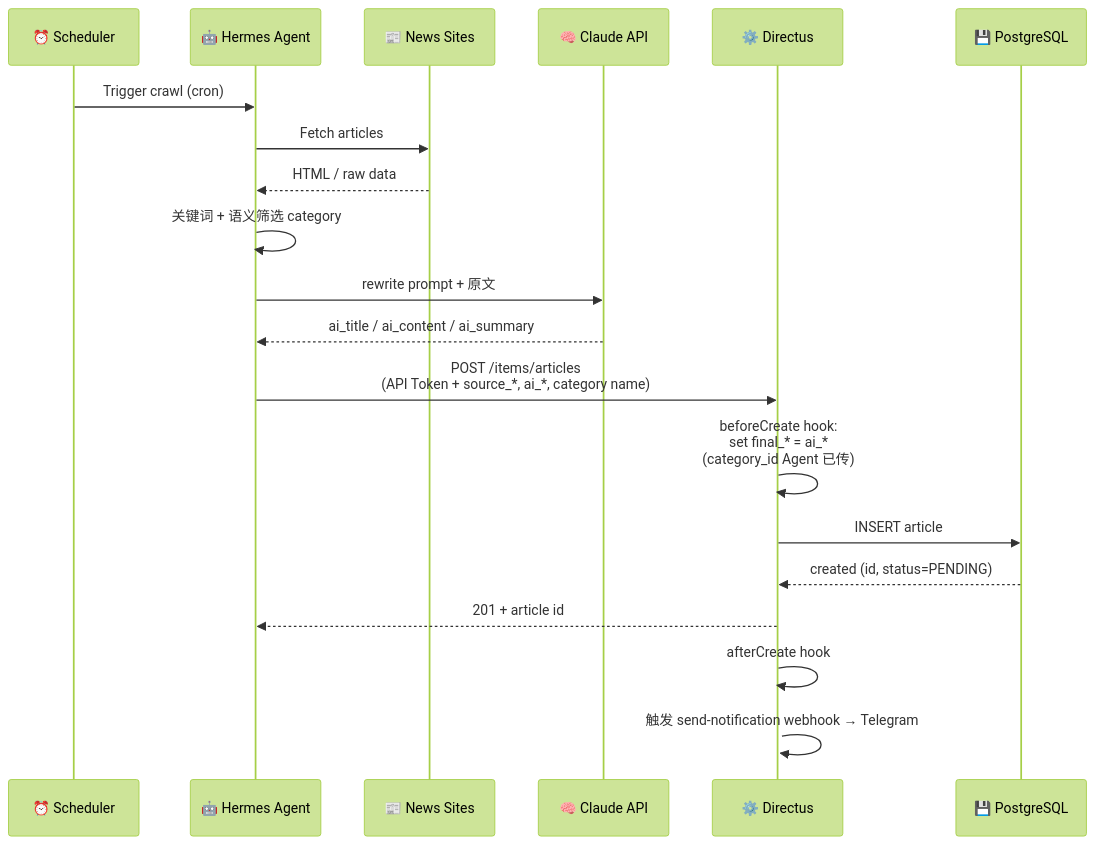
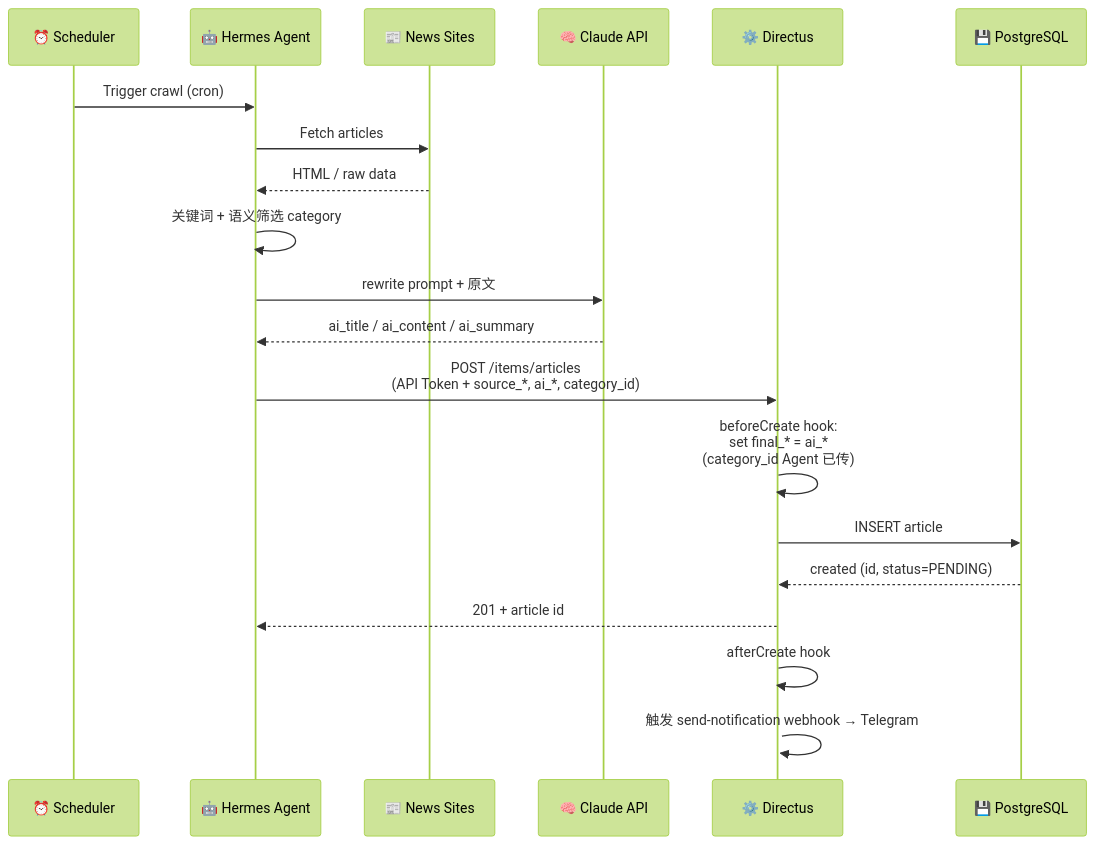
Before and after one commit to Guitang0414/Tiffany-Z-Intern-2026: the fourth of 6 diagrams in docs/hld.md, drawn with Mermaid (forest theme). The commit also changed other lines of this file, not shown here.

````diff
--- a/docs/hld.md
+++ b/docs/hld.md
@@ -1062,23 +1062,23 @@
 ```mermaid
 sequenceDiagram
     participant Sched as ⏰ Scheduler
     participant Agent as 🤖 Hermes Agent
     participant News as 📰 News Sites
     participant Claude as 🧠 Claude API
     participant Directus as ⚙️ Directus
     participant DB as 💾 PostgreSQL
 
     Sched->>Agent: Trigger crawl (cron)
     Agent->>News: Fetch articles
     News-->>Agent: HTML / raw data
     Agent->>Agent: 关键词 + 语义筛选 category
     Agent->>Claude: rewrite prompt + 原文
     Claude-->>Agent: ai_title / ai_content / ai_summary
-    Agent->>Directus: POST /items/articles<br/>(API Token + source_*, ai_*, category name)
+    Agent->>Directus: POST /items/articles<br/>(API Token + source_*, ai_*, category_id)
     Directus->>Directus: beforeCreate hook:<br/>set final_* = ai_*<br/>(category_id Agent 已传)
     Directus->>DB: INSERT article
     DB-->>Directus: created (id, status=PENDING)
     Directus-->>Agent: 201 + article id
     Directus->>+Directus: afterCreate hook
     Directus->>Directus: 触发 send-notification webhook → Telegram
 ```
````
